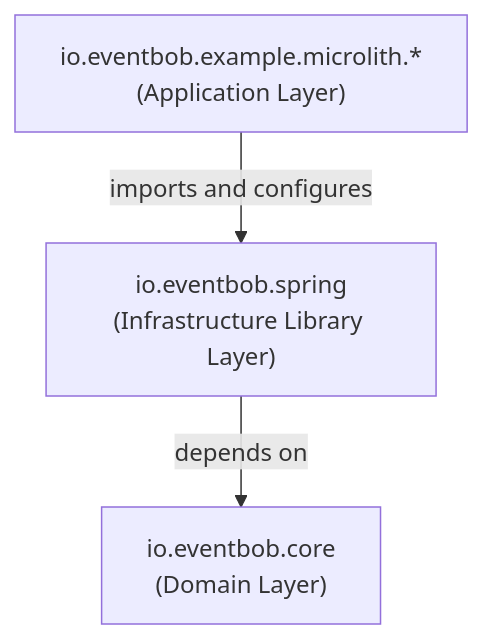
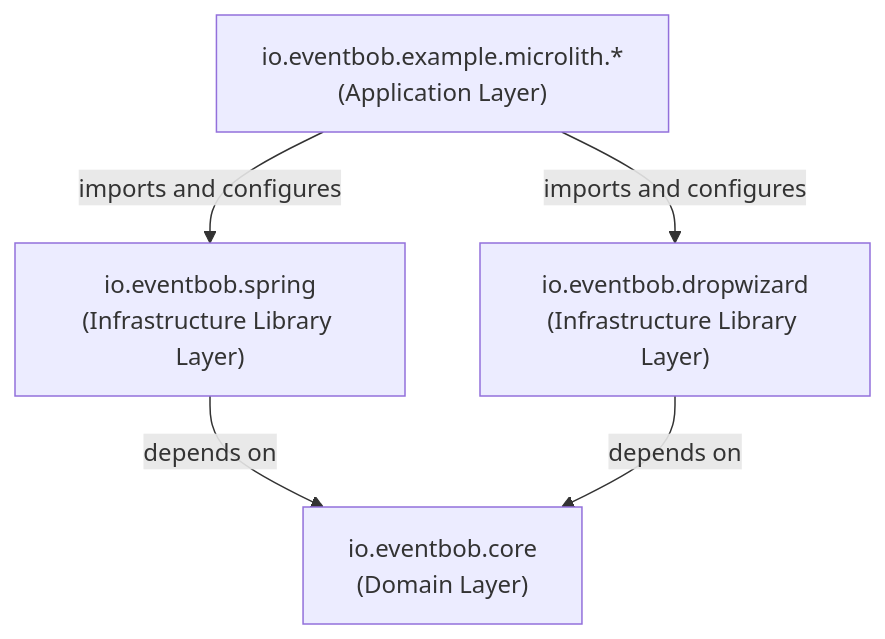
One commit to dinoo333/EventBob changed the second of 3 diagrams in docs/architecture.md. Above: the diagram before and after it, drawn with Mermaid. The commit also changed other lines of this file and 7 other files, not shown here.

Commit message:
Adding dropwizard microlith sample app to documentation. (#6)

````diff
--- a/docs/architecture.md
+++ b/docs/architecture.md
@@ -68,9 +68,12 @@
 ```mermaid
 graph TD
     MicrolithApp["io.eventbob.example.microlith.*\n(Application Layer)"]
     SpringLib["io.eventbob.spring\n(Infrastructure Library Layer)"]
+    DropwizardLib["io.eventbob.dropwizard\n(Infrastructure Library Layer)"]
     Core["io.eventbob.core\n(Domain Layer)"]
 
     MicrolithApp -->|imports and configures| SpringLib
     SpringLib -->|depends on| Core
+    MicrolithApp -->|imports and configures| DropwizardLib
+    DropwizardLib -->|depends on| Core
 ```
````
